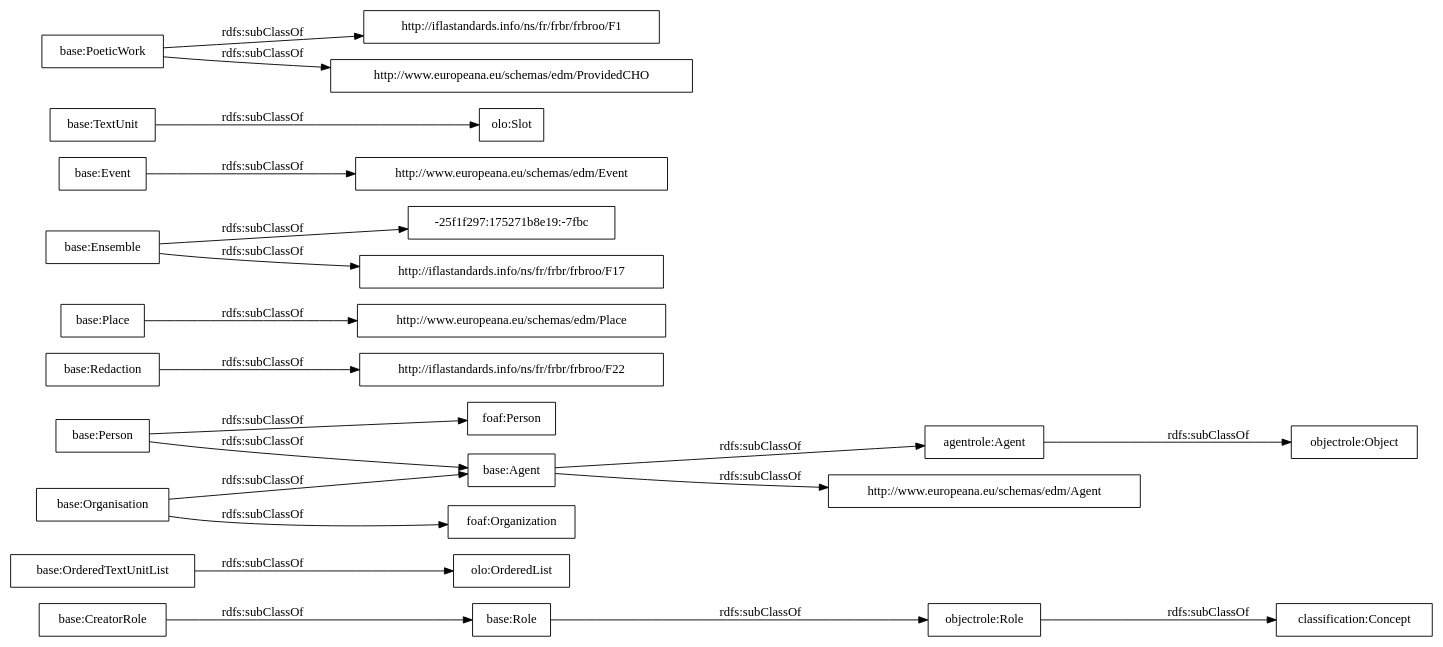
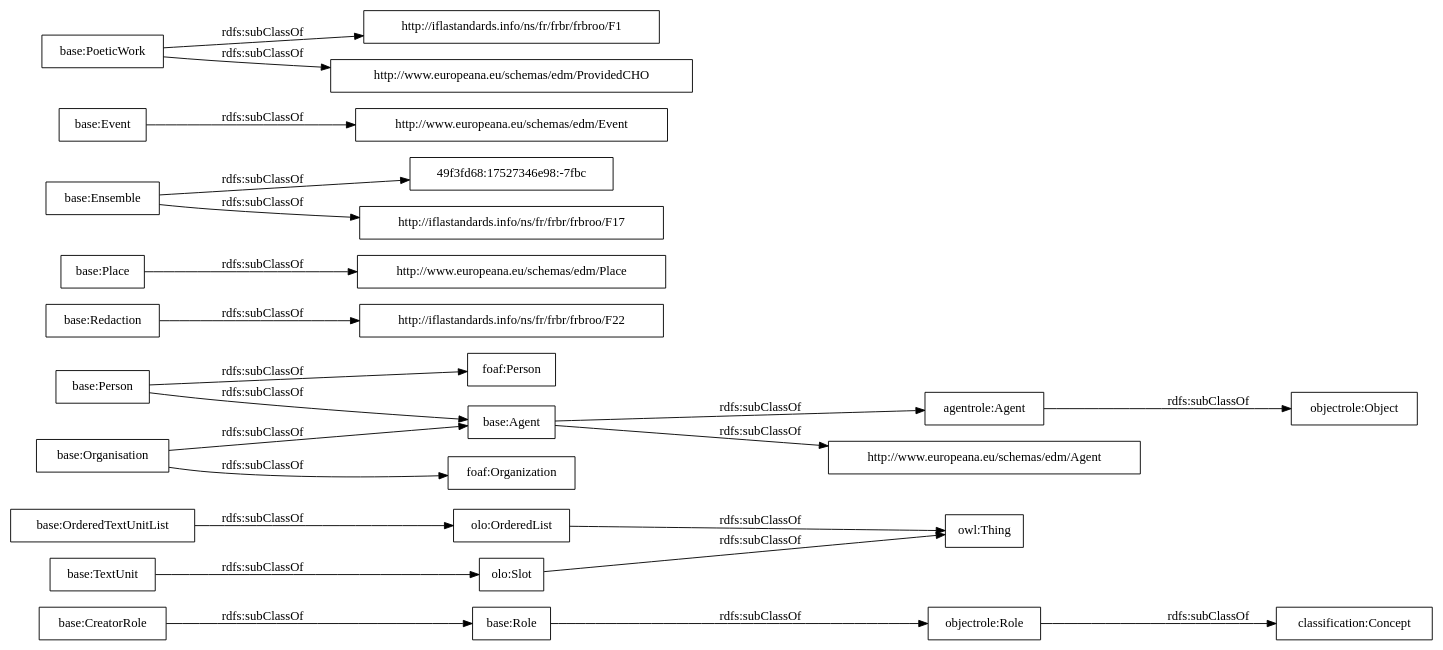
Before and after one commit to OnToologyUser/core-ontology-1: the diagram in OnToology/postdata-core.owl/diagrams/ar2dtool-taxonomy/postdata-core.owl.png.dot, drawn with Graphviz. The commit also changed 14 other files, not shown here.

```diff
--- a/OnToology/postdata-core.owl/diagrams/ar2dtool-taxonomy/postdata-core.owl.png.dot
+++ b/OnToology/postdata-core.owl/diagrams/ar2dtool-taxonomy/postdata-core.owl.png.dot
@@ -1,25 +1,27 @@
 digraph ar2dtool_diagram { 
 rankdir=LR;
 size="1000"
-node [shape = rectangle, color="black"]; "base:Role" "base:OrderedTextUnitList" "agentrole:Agent" "http://iflastandards.info/ns/fr/frbr/frbroo/F22" "http://www.europeana.eu/schemas/edm/Agent" "base:Agent" "base:CreatorRole" "base:Person" "base:Organisation" "http://www.europeana.eu/schemas/edm/Place" "base:Redaction" "base:Ensemble" "foaf:Person" "http://www.europeana.eu/schemas/edm/Event" "-25f1f297:175271b8e19:-7fbc" "base:TextUnit" "http://iflastandards.info/ns/fr/frbr/frbroo/F1" "foaf:Organization" "http://www.europeana.eu/schemas/edm/ProvidedCHO" "base:Place" "base:Event" "base:PoeticWork" "http://iflastandards.info/ns/fr/frbr/frbroo/F17" "objectrole:Role" "objectrole:Object" "classification:Concept" ; /*classes style*/
+node [shape = rectangle, color="black"]; "base:Role" "base:OrderedTextUnitList" "agentrole:Agent" "http://iflastandards.info/ns/fr/frbr/frbroo/F22" "http://www.europeana.eu/schemas/edm/Agent" "base:Agent" "base:CreatorRole" "base:Person" "base:Organisation" "http://www.europeana.eu/schemas/edm/Place" "base:Redaction" "foaf:Person" "base:Ensemble" "http://www.europeana.eu/schemas/edm/Event" "base:TextUnit" "http://iflastandards.info/ns/fr/frbr/frbroo/F1" "foaf:Organization" "http://www.europeana.eu/schemas/edm/ProvidedCHO" "base:Place" "49f3fd68:17527346e98:-7fbc" "base:Event" "base:PoeticWork" "http://iflastandards.info/ns/fr/frbr/frbroo/F17" "owl:Thing" "objectrole:Role" "objectrole:Object" "olo:Slot" "olo:OrderedList" "classification:Concept" ; /*classes style*/
 	"base:Redaction" -> "http://iflastandards.info/ns/fr/frbr/frbroo/F22" [ label = "rdfs:subClassOf" ];
 	"base:Role" -> "objectrole:Role" [ label = "rdfs:subClassOf" ];
 	"base:Event" -> "http://www.europeana.eu/schemas/edm/Event" [ label = "rdfs:subClassOf" ];
 	"base:Person" -> "foaf:Person" [ label = "rdfs:subClassOf" ];
 	"base:Person" -> "base:Agent" [ label = "rdfs:subClassOf" ];
+	"olo:OrderedList" -> "owl:Thing" [ label = "rdfs:subClassOf" ];
+	"olo:Slot" -> "owl:Thing" [ label = "rdfs:subClassOf" ];
 	"base:PoeticWork" -> "http://www.europeana.eu/schemas/edm/ProvidedCHO" [ label = "rdfs:subClassOf" ];
 	"base:PoeticWork" -> "http://iflastandards.info/ns/fr/frbr/frbroo/F1" [ label = "rdfs:subClassOf" ];
 	"base:TextUnit" -> "olo:Slot" [ label = "rdfs:subClassOf" ];
 	"agentrole:Agent" -> "objectrole:Object" [ label = "rdfs:subClassOf" ];
-	"base:Ensemble" -> "-25f1f297:175271b8e19:-7fbc" [ label = "rdfs:subClassOf" ];
+	"base:Ensemble" -> "49f3fd68:17527346e98:-7fbc" [ label = "rdfs:subClassOf" ];
 	"base:Ensemble" -> "http://iflastandards.info/ns/fr/frbr/frbroo/F17" [ label = "rdfs:subClassOf" ];
 	"base:OrderedTextUnitList" -> "olo:OrderedList" [ label = "rdfs:subClassOf" ];
 	"base:Agent" -> "agentrole:Agent" [ label = "rdfs:subClassOf" ];
 	"base:Agent" -> "http://www.europeana.eu/schemas/edm/Agent" [ label = "rdfs:subClassOf" ];
 	"objectrole:Role" -> "classification:Concept" [ label = "rdfs:subClassOf" ];
 	"base:Place" -> "http://www.europeana.eu/schemas/edm/Place" [ label = "rdfs:subClassOf" ];
 	"base:Organisation" -> "foaf:Organization" [ label = "rdfs:subClassOf" ];
 	"base:Organisation" -> "base:Agent" [ label = "rdfs:subClassOf" ];
 	"base:CreatorRole" -> "base:Role" [ label = "rdfs:subClassOf" ];
 
 }
```
